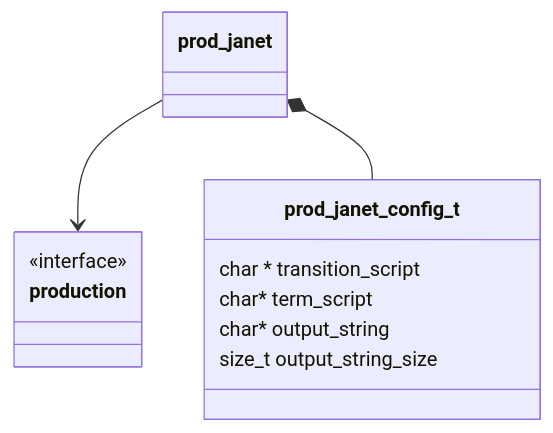
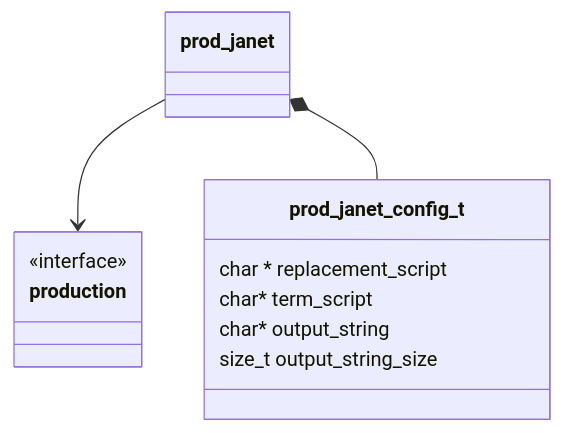
One commit to Joecstarr/pdgl changed the first of 3 diagrams in source/prod_janet/docs/unit_description.md. Above: the diagram before and after it, drawn with Mermaid. The commit also changed other lines of this file and 39 other files, not shown here.

First line of the commit message:
12 transition   replacement (#14)

````diff
--- a/source/prod_janet/docs/unit_description.md
+++ b/source/prod_janet/docs/unit_description.md
@@ -9,16 +9,16 @@
 ```mermaid
 classDiagram
    prod_janet --> production 
    prod_janet *-- prod_janet_config_t
    class prod_janet{ }
     
    class prod_janet_config_t{
-   char * transition_script
+   char * replacement_script
    char* term_script
    char* output_string
    size_t output_string_size
     }
 
    class production{<<interface>>}
 
 ```
````
